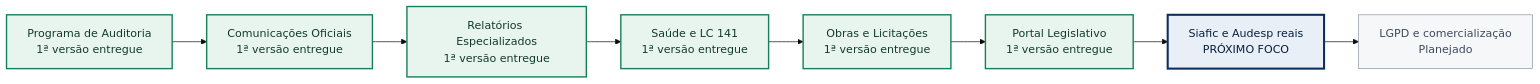
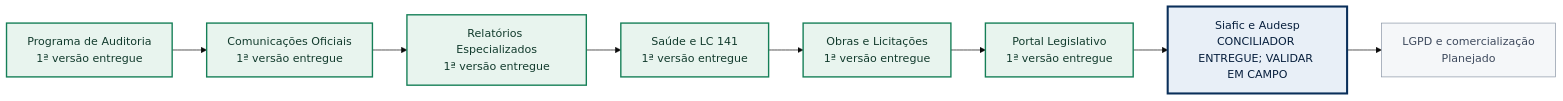
One commit to matssz/trilhagov changed the second of 3 diagrams in docs/roadmap-modulos.md. Above: the diagram before and after it, drawn with Mermaid (base theme). The commit also changed other lines of this file and 13 other files, not shown here.

````diff
--- a/docs/roadmap-modulos.md
+++ b/docs/roadmap-modulos.md
@@ -37,20 +37,20 @@
 ```mermaid
 flowchart LR
     A["Programa de Auditoria<br/>1ª versão entregue"]
     B["Comunicações Oficiais<br/>1ª versão entregue"]
     C["Relatórios Especializados<br/>1ª versão entregue"]
     D["Saúde e LC 141<br/>1ª versão entregue"]
     E["Obras e Licitações<br/>1ª versão entregue"]
     F["Portal Legislativo<br/>1ª versão entregue"]
-    G["Siafic e Audesp reais<br/>PRÓXIMO FOCO"]
+    G["Siafic e Audesp<br/>CONCILIADOR ENTREGUE; VALIDAR EM CAMPO"]
     H["LGPD e comercialização<br/>Planejado"]
 
     A --> B --> C --> D --> E --> F --> G --> H
 
     classDef delivered fill:#e8f4ee,stroke:#157f57,color:#123b2d,stroke-width:2px;
     classDef focus fill:#e8eff7,stroke:#0a2f5a,color:#071f3d,stroke-width:3px;
     classDef planned fill:#f5f7f9,stroke:#8995a5,color:#3e4a5d,stroke-width:1px;
     class A,B,C,D,E,F delivered;
     class G focus;
     class H planned;
 ```
````
